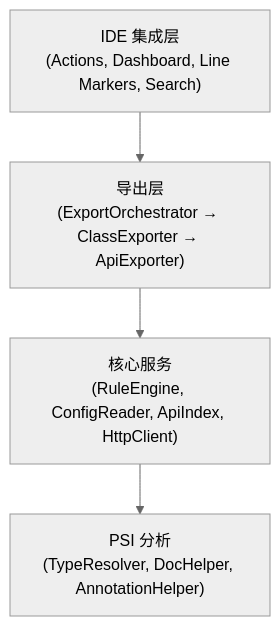
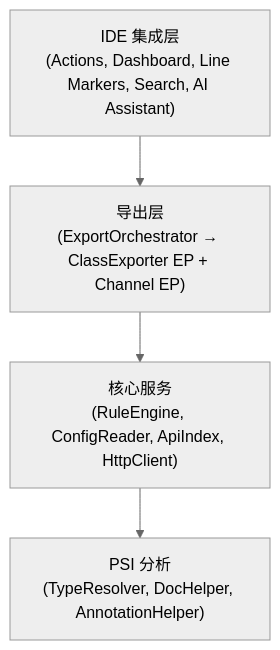
Before and after one commit to tangcent/easy-yapi: the diagram in README_CN.md, drawn with Mermaid (neutral theme). The commit also changed other lines of this file and 1939 other files, not shown here.

````diff
--- a/README_CN.md
+++ b/README_CN.md
@@ -227,11 +227,11 @@
 ```mermaid
 graph TB
-    IDE["IDE 集成层<br/>(Actions, Dashboard, Line Markers, Search)"]
-    Export["导出层<br/>(ExportOrchestrator → ClassExporter → ApiExporter)"]
+    IDE["IDE 集成层<br/>(Actions, Dashboard, Line Markers, Search, AI Assistant)"]
+    Export["导出层<br/>(ExportOrchestrator → ClassExporter EP + Channel EP)"]
     Core["核心服务<br/>(RuleEngine, ConfigReader, ApiIndex, HttpClient)"]
     PSI["PSI 分析<br/>(TypeResolver, DocHelper, AnnotationHelper)"]
 
     IDE --> Export
     Export --> Core
     Core --> PSI
 ```
````
